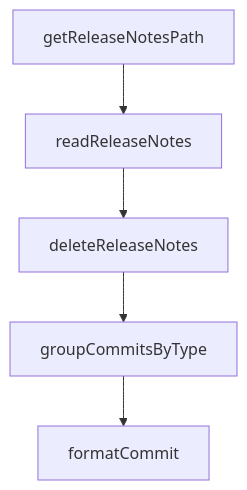
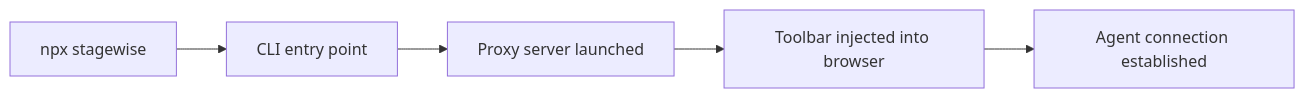
Before and after one commit to johnxie/awesome-code-docs: the diagram in tutorials/stagewise-tutorial/01-getting-started-and-cli-bootstrap.md, drawn with Mermaid. The commit also changed other lines of this file and 1232 other files, not shown here.

````diff
--- a/tutorials/stagewise-tutorial/01-getting-started-and-cli-bootstrap.md
+++ b/tutorials/stagewise-tutorial/01-getting-started-and-cli-bootstrap.md
@@ -224,12 +67,7 @@
 ```mermaid
-flowchart TD
-    A[getReleaseNotesPath]
-    B[readReleaseNotes]
-    C[deleteReleaseNotes]
-    D[groupCommitsByType]
-    E[formatCommit]
-    A --> B
-    B --> C
-    C --> D
-    D --> E
+flowchart LR
+    A[npx stagewise] --> B[CLI entry point]
+    B --> C[Proxy server launched]
+    C --> D[Toolbar injected into browser]
+    D --> E[Agent connection established]
 ```
````
